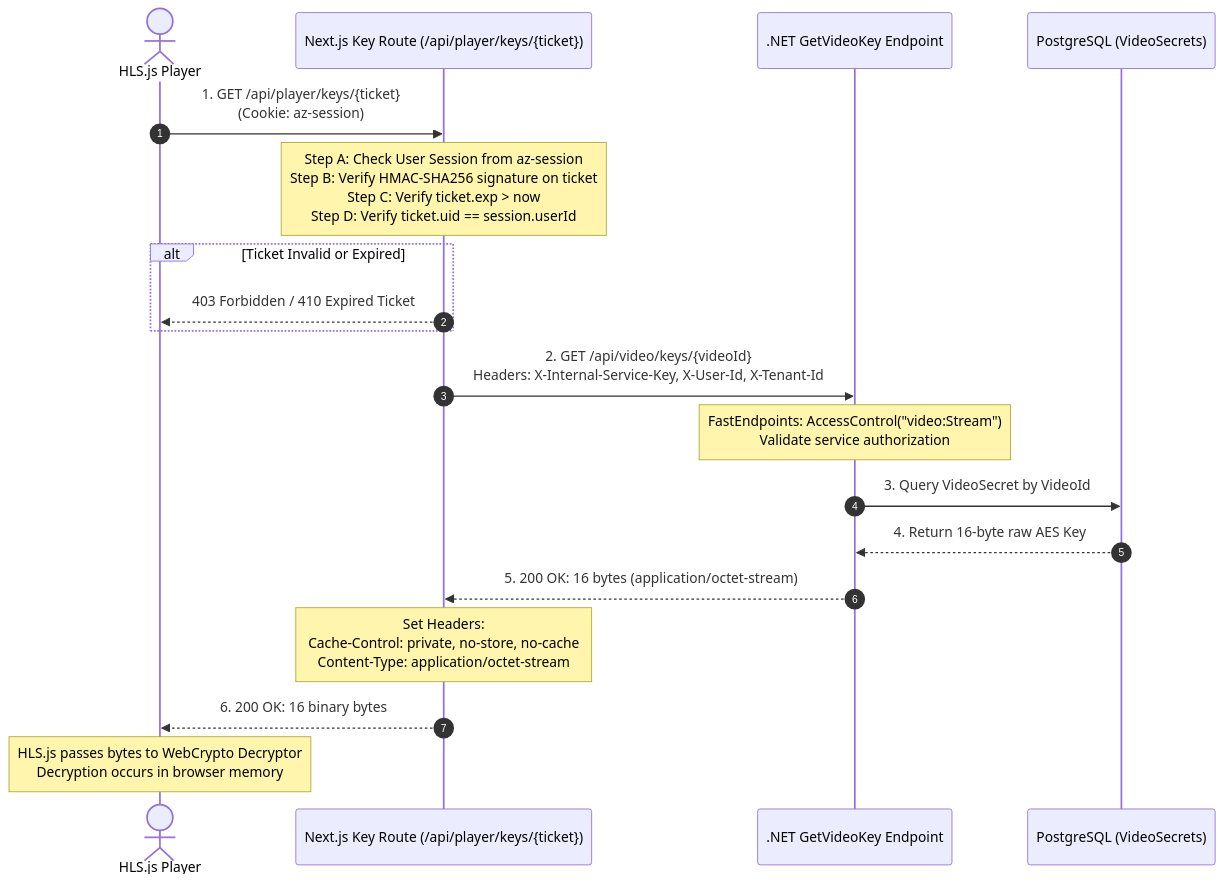
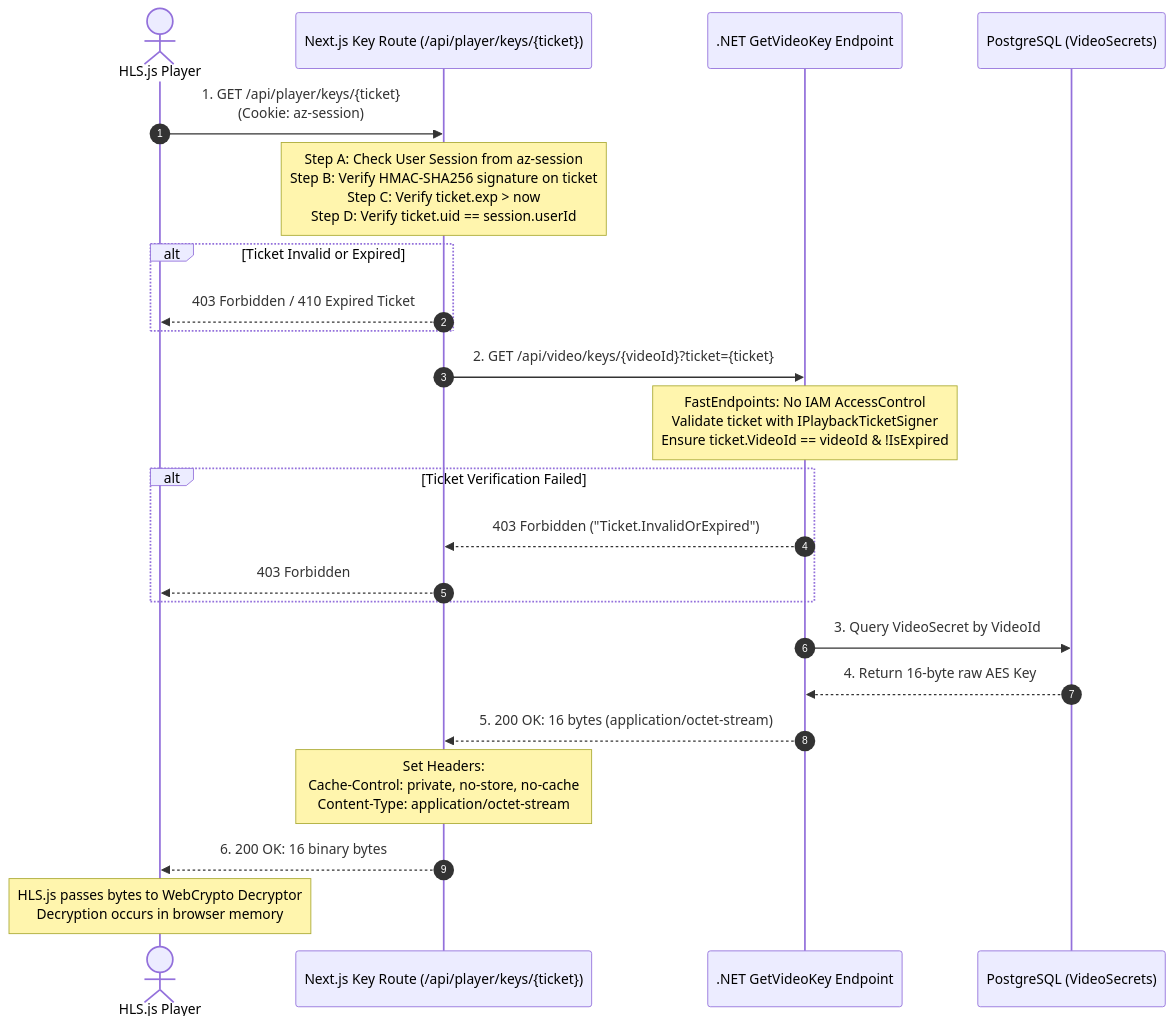
Before and after one commit to Azero77/alpha-zero: the sixth of 9 diagrams in plans/video-security-architecture.md, drawn with Mermaid. The commit also changed other lines of this file, not shown here.

Commit message:
Changes to VideoSecurity Architecture

````diff
--- a/plans/video-security-architecture.md
+++ b/plans/video-security-architecture.md
@@ -651,25 +637,31 @@
 ```mermaid
 sequenceDiagram
     autonumber
     actor Player as HLS.js Player
     participant BFF as Next.js Key Route (/api/player/keys/{ticket})
     participant API as .NET GetVideoKey Endpoint
     participant DB as PostgreSQL (VideoSecrets)
 
     Player->>BFF: 1. GET /api/player/keys/{ticket}<br/>(Cookie: az-session)
     Note over BFF: Step A: Check User Session from az-session<br/>Step B: Verify HMAC-SHA256 signature on ticket<br/>Step C: Verify ticket.exp > now<br/>Step D: Verify ticket.uid == session.userId
     
     alt Ticket Invalid or Expired
         BFF-->>Player: 403 Forbidden / 410 Expired Ticket
     end
 
-    BFF->>API: 2. GET /api/video/keys/{videoId}<br/>Headers: X-Internal-Service-Key, X-User-Id, X-Tenant-Id
-    Note over API: FastEndpoints: AccessControl("video:Stream")<br/>Validate service authorization
+    BFF->>API: 2. GET /api/video/keys/{videoId}?ticket={ticket}
+    Note over API: FastEndpoints: No IAM AccessControl<br/>Validate ticket with IPlaybackTicketSigner<br/>Ensure ticket.VideoId == videoId & !IsExpired
+    
+    alt Ticket Verification Failed
+        API-->>BFF: 403 Forbidden ("Ticket.InvalidOrExpired")
+        BFF-->>Player: 403 Forbidden
+    end
+
     API->>DB: 3. Query VideoSecret by VideoId
     DB-->>API: 4. Return 16-byte raw AES Key
     API-->>BFF: 5. 200 OK: 16 bytes (application/octet-stream)
     
     Note over BFF: Set Headers:<br/>Cache-Control: private, no-store, no-cache<br/>Content-Type: application/octet-stream
     BFF-->>Player: 6. 200 OK: 16 binary bytes
     Note over Player: HLS.js passes bytes to WebCrypto Decryptor<br/>Decryption occurs in browser memory
 ```
````
